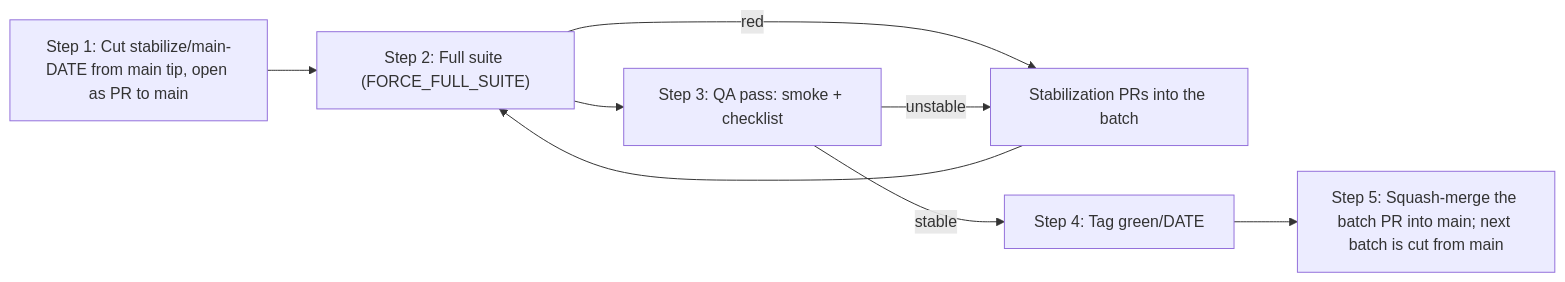
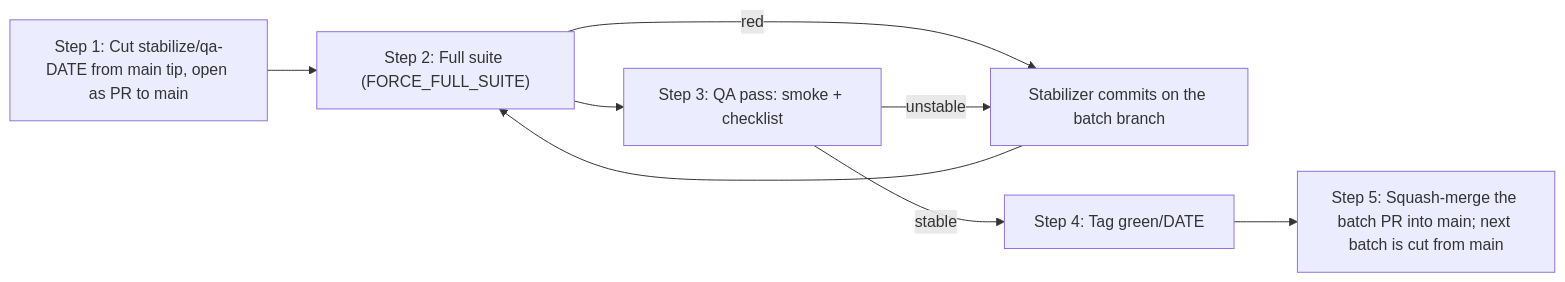
The fourth of 10 diagrams in .ai/specs/2026-11-25-batch-merge-and-green-tag-release-process.md (open-mercato/open-mercato), drawn with Mermaid before and after one commit. The commit also changed other lines of this file and 19 other files, not shown here.

````diff
--- a/.ai/specs/2026-11-25-batch-merge-and-green-tag-release-process.md
+++ b/.ai/specs/2026-11-25-batch-merge-and-green-tag-release-process.md
@@ -295,10 +295,10 @@
 ```mermaid
 flowchart LR
-  C["Step 1: Cut stabilize/main-DATE from main tip, open as PR to main"] --> FS["Step 2: Full suite (FORCE_FULL_SUITE)"]
+  C["Step 1: Cut stabilize/qa-DATE from main tip, open as PR to main"] --> FS["Step 2: Full suite (FORCE_FULL_SUITE)"]
   FS --> QA["Step 3: QA pass: smoke + checklist"]
-  FS -->|"red"| FIX["Stabilization PRs into the batch"]
+  FS -->|"red"| FIX["Stabilizer commits on the batch branch"]
   QA -->|"unstable"| FIX
   FIX --> FS
   QA -->|"stable"| TAG["Step 4: Tag green/DATE"]
   TAG --> MB["Step 5: Squash-merge the batch PR into main; next batch is cut from main"]
 ```
````
